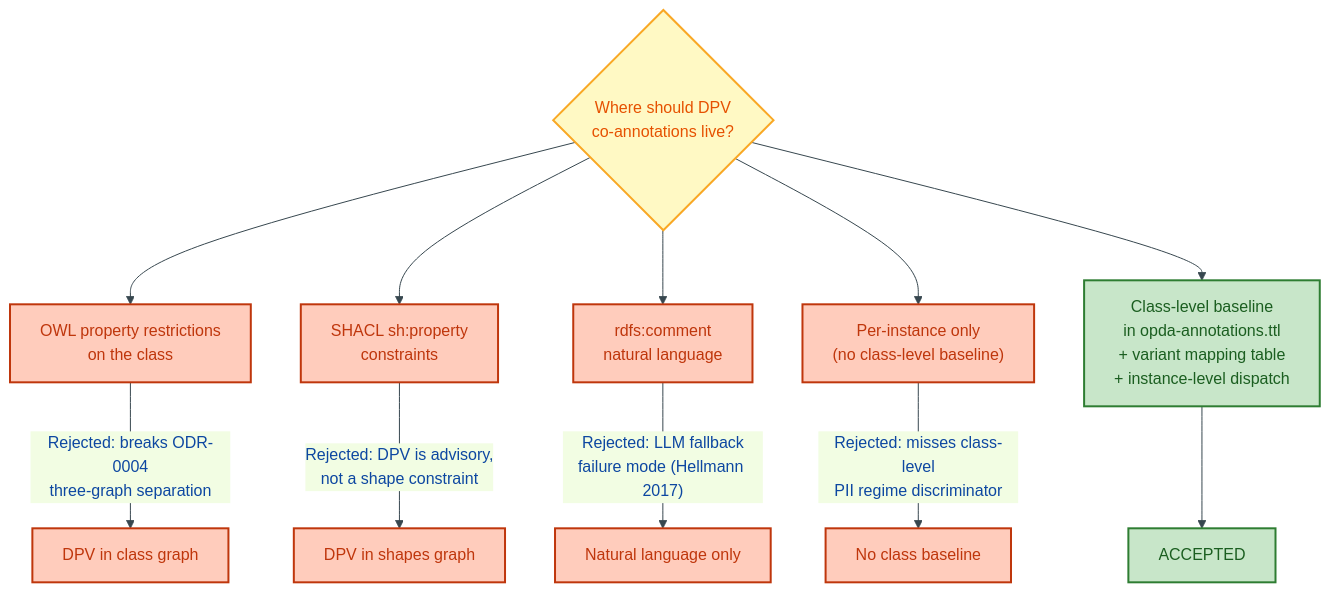
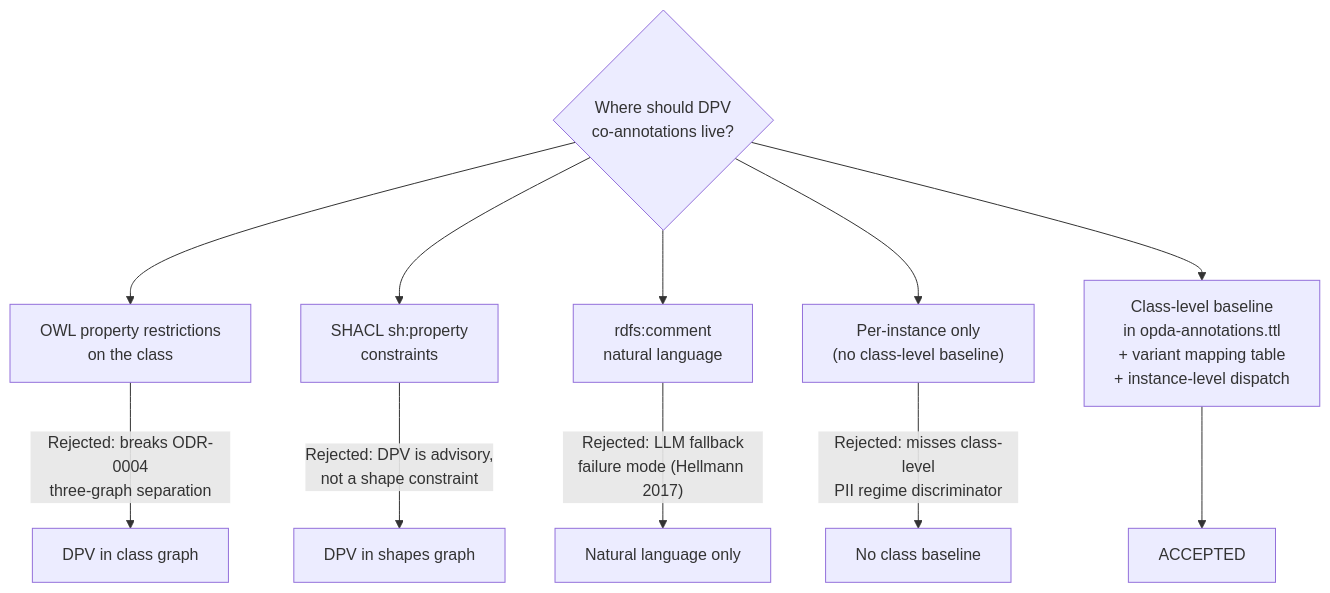
Before and after one commit to sparkling/opda: the third of 4 diagrams in docs/ontology/odr/ODR-0018-dpv-class-level-coannotation-pattern.md, drawn with Mermaid. The commit also changed other lines of this file and 25 other files, not shown here.

````diff
--- a/docs/ontology/odr/ODR-0018-dpv-class-level-coannotation-pattern.md
+++ b/docs/ontology/odr/ODR-0018-dpv-class-level-coannotation-pattern.md
@@ -175,30 +165,25 @@
 ```mermaid
-%%{init:{"theme":"base","themeVariables":{"primaryColor":"#E3F2FD","primaryTextColor":"#0D47A1","primaryBorderColor":"#1565C0","lineColor":"#37474F"}}}%%
 flowchart TD
     accTitle: Alternatives evaluated for DPV co-annotation placement
     accDescr: Four candidate placements were evaluated; all rejected for specific reasons; class-level annotation in opda-annotations.ttl was accepted.
-    classDef process fill:#E1F5FE,stroke:#0277BD,stroke-width:2px,color:#01579B
-    classDef decision fill:#FFF9C4,stroke:#F9A825,stroke-width:2px,color:#E65100
-    classDef output fill:#C8E6C9,stroke:#2E7D32,stroke-width:2px,color:#1B5E20
-    classDef rejected fill:#FFCCBC,stroke:#BF360C,stroke-width:2px,color:#BF360C
 
-    Q{"Where should DPV<br/>co-annotations live?"}:::decision
+    Q{"Where should DPV<br/>co-annotations live?"}:::warning
 
-    OWL["OWL property restrictions<br/>on the class"]:::rejected
-    SHACL["SHACL sh:property<br/>constraints"]:::rejected
-    RDFS["rdfs:comment<br/>natural language"]:::rejected
-    INST["Per-instance only<br/>(no class-level baseline)"]:::rejected
-    ACC["Class-level baseline<br/>in opda-annotations.ttl<br/>+ variant mapping table<br/>+ instance-level dispatch"]:::output
+    OWL["OWL property restrictions<br/>on the class"]:::error
+    SHACL["SHACL sh:property<br/>constraints"]:::error
+    RDFS["rdfs:comment<br/>natural language"]:::error
+    INST["Per-instance only<br/>(no class-level baseline)"]:::error
+    ACC["Class-level baseline<br/>in opda-annotations.ttl<br/>+ variant mapping table<br/>+ instance-level dispatch"]:::success
 
     Q --> OWL
     Q --> SHACL
     Q --> RDFS
     Q --> INST
     Q --> ACC
 
-    OWL -->|"Rejected: breaks ODR-0004<br/>three-graph separation"| R1["DPV in class graph"]:::rejected
-    SHACL -->|"Rejected: DPV is advisory,<br/>not a shape constraint"| R2["DPV in shapes graph"]:::rejected
-    RDFS -->|"Rejected: LLM fallback<br/>failure mode (Hellmann 2017)"| R3["Natural language only"]:::rejected
-    INST -->|"Rejected: misses class-level<br/>PII regime discriminator"| R4["No class baseline"]:::rejected
-    ACC --> DONE["ACCEPTED"]:::output
+    OWL -->|"Rejected: breaks ODR-0004<br/>three-graph separation"| R1["DPV in class graph"]:::error
+    SHACL -->|"Rejected: DPV is advisory,<br/>not a shape constraint"| R2["DPV in shapes graph"]:::error
+    RDFS -->|"Rejected: LLM fallback<br/>failure mode (Hellmann 2017)"| R3["Natural language only"]:::error
+    INST -->|"Rejected: misses class-level<br/>PII regime discriminator"| R4["No class baseline"]:::error
+    ACC --> DONE["ACCEPTED"]:::success
 ```
````
